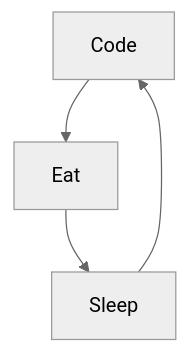
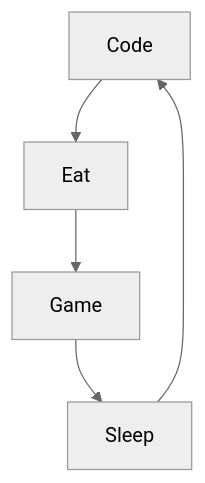
Before and after one commit to Lisitius/Lisitius: the diagram in README.md, drawn with Mermaid (neutral theme).

````diff
--- a/README.md
+++ b/README.md
@@ -24,6 +24,7 @@
 ```mermaid
   graph TD;
       Code-->Eat;
-      Eat-->Sleep;
+      Eat-->Game;
+      Game-->Sleep;
       Sleep-->Code;
 ```
````
